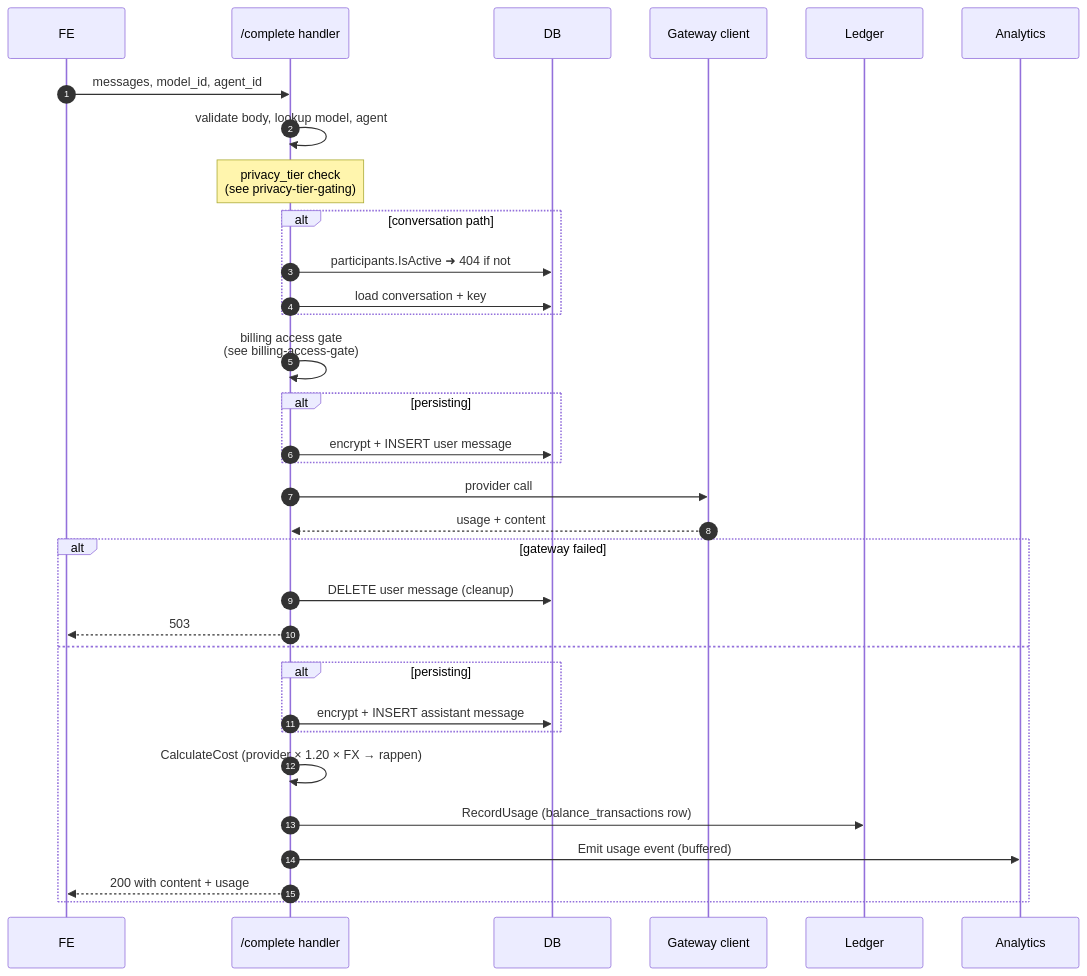
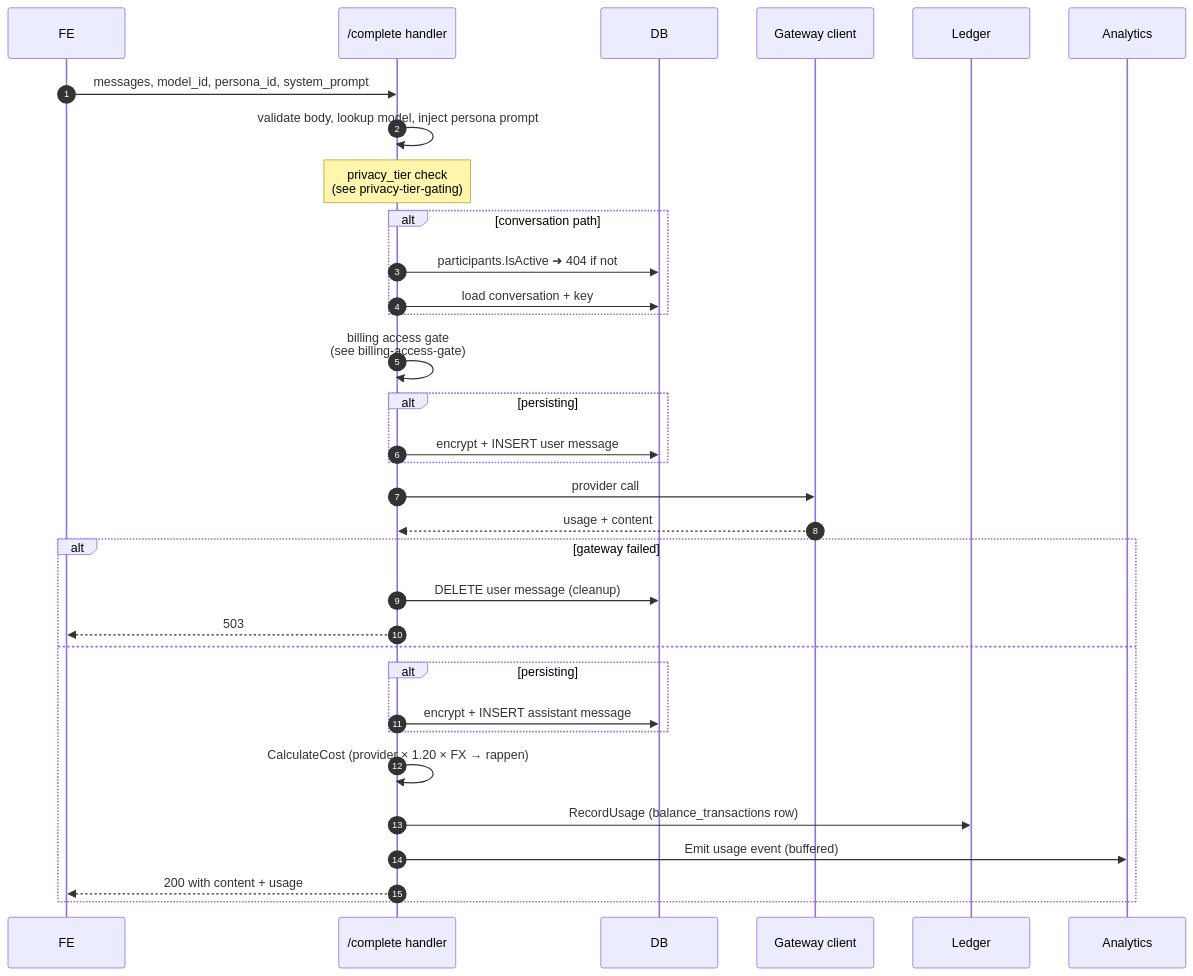
One commit to cognos-io/chat.cognos.io changed the diagram in docs/business_processes/completion-pipeline.md. Above: the diagram before and after it, drawn with Mermaid. The commit also changed 57 other files, not shown here.

````diff
--- a/docs/business_processes/completion-pipeline.md
+++ b/docs/business_processes/completion-pipeline.md
@@ -13,36 +13,36 @@
 ```mermaid
 sequenceDiagram
   autonumber
   participant FE
   participant H as /complete handler
   participant DB
   participant GW as Gateway client
   participant L as Ledger
   participant A as Analytics
 
-  FE->>H: messages, model_id, agent_id
-  H->>H: validate body, lookup model, agent
+  FE->>H: messages, model_id, persona_id, system_prompt
+  H->>H: validate body, lookup model, inject persona prompt
   Note over H: privacy_tier check<br/>(see privacy-tier-gating)
   alt conversation path
     H->>DB: participants.IsActive ➜ 404 if not
     H->>DB: load conversation + key
   end
   H->>H: billing access gate<br/>(see billing-access-gate)
   alt persisting
     H->>DB: encrypt + INSERT user message
   end
   H->>GW: provider call
   GW-->>H: usage + content
   alt gateway failed
     H->>DB: DELETE user message (cleanup)
     H-->>FE: 503
   else
     alt persisting
       H->>DB: encrypt + INSERT assistant message
     end
     H->>H: CalculateCost (provider × 1.20 × FX → rappen)
     H->>L: RecordUsage (balance_transactions row)
     H->>A: Emit usage event (buffered)
     H-->>FE: 200 with content + usage
   end
 ```
````
